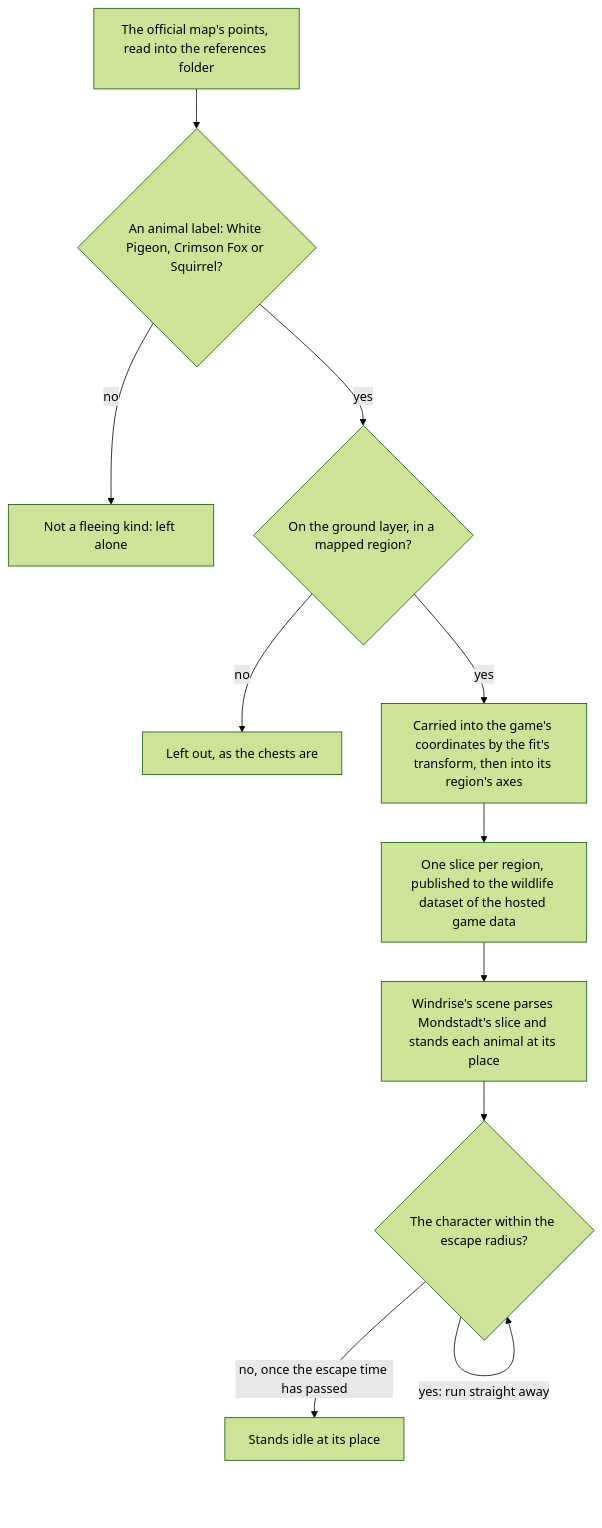
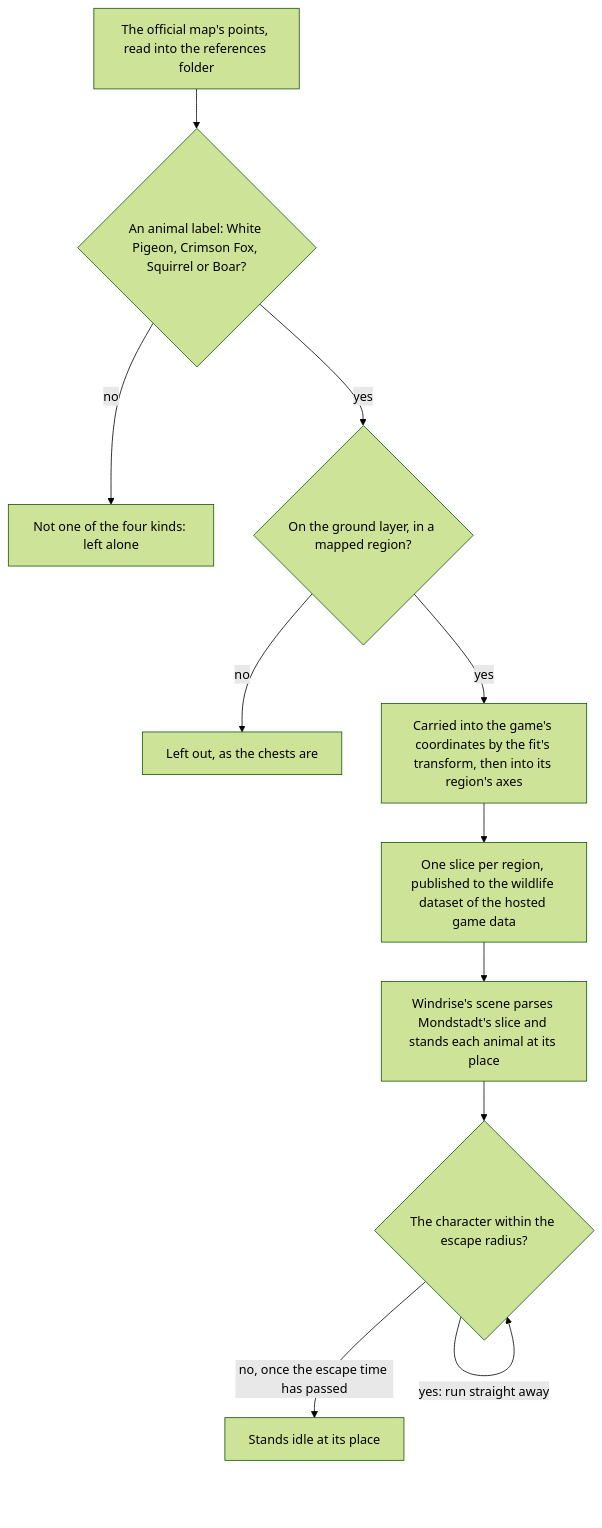
The diagram in openspec/specs/genshin/wildlife/design.md (Esposter/Esposter), drawn with Mermaid (forest theme) before and after one commit.

Commit message:
docs(genshin): wildlife flowchart places the boar with the fleeing kinds

````diff
--- a/openspec/specs/genshin/wildlife/design.md
+++ b/openspec/specs/genshin/wildlife/design.md
@@ -7,13 +7,13 @@
 ```mermaid
 flowchart TD
-  P["The official map's points, read into the references folder"] --> K{"An animal label: White Pigeon, Crimson Fox or Squirrel?"}
-  K -->|"no"| SKIP["Not a fleeing kind: left alone"]
+  P["The official map's points, read into the references folder"] --> K{"An animal label: White Pigeon, Crimson Fox, Squirrel or Boar?"}
+  K -->|"no"| SKIP["Not one of the four kinds: left alone"]
   K -->|"yes"| L{"On the ground layer, in a mapped region?"}
   L -->|"no"| UG["Left out, as the chests are"]
   L -->|"yes"| T["Carried into the game's coordinates by the fit's transform, then into its region's axes"]
   T --> S["One slice per region, published to the wildlife dataset of the hosted game data"]
   S --> V["Windrise's scene parses Mondstadt's slice and stands each animal at its place"]
   V --> F{"The character within the escape radius?"}
   F -->|"yes: run straight away"| F
   F -->|"no, once the escape time has passed"| I["Stands idle at its place"]
 ```
````
